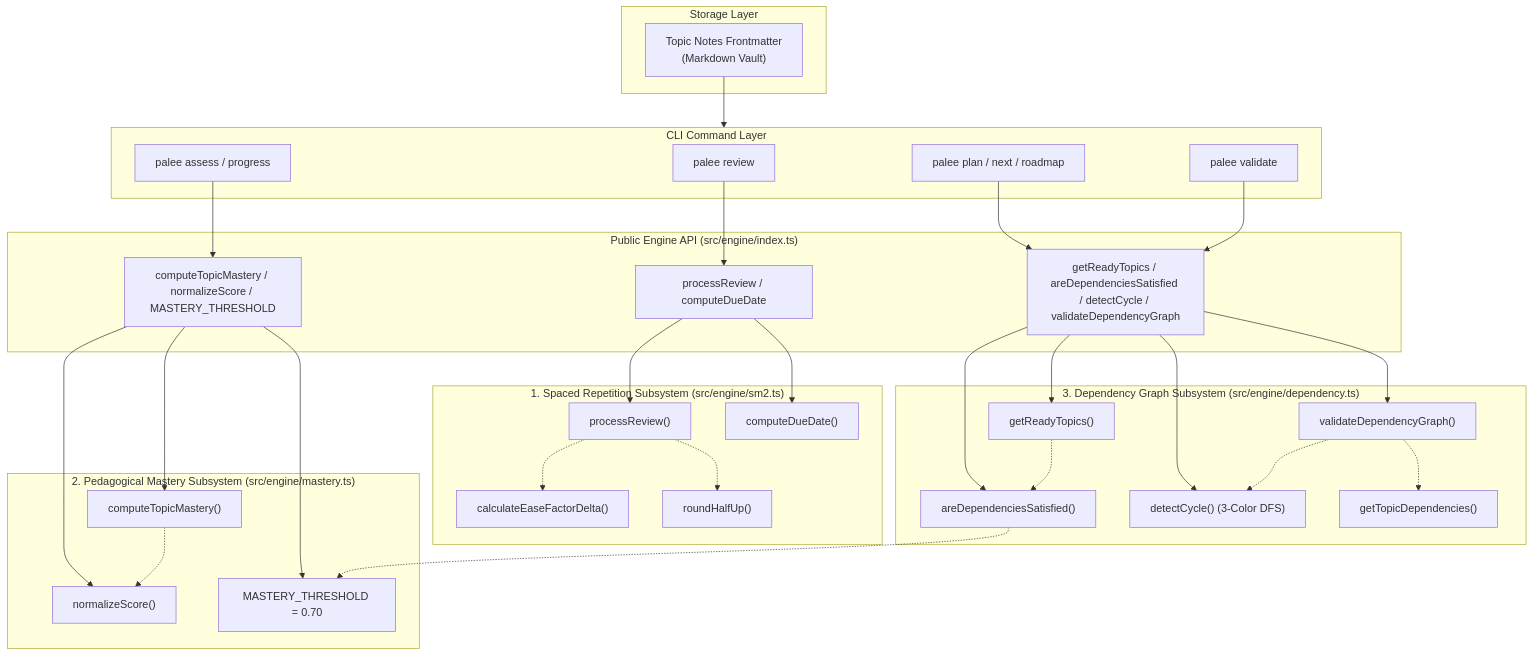
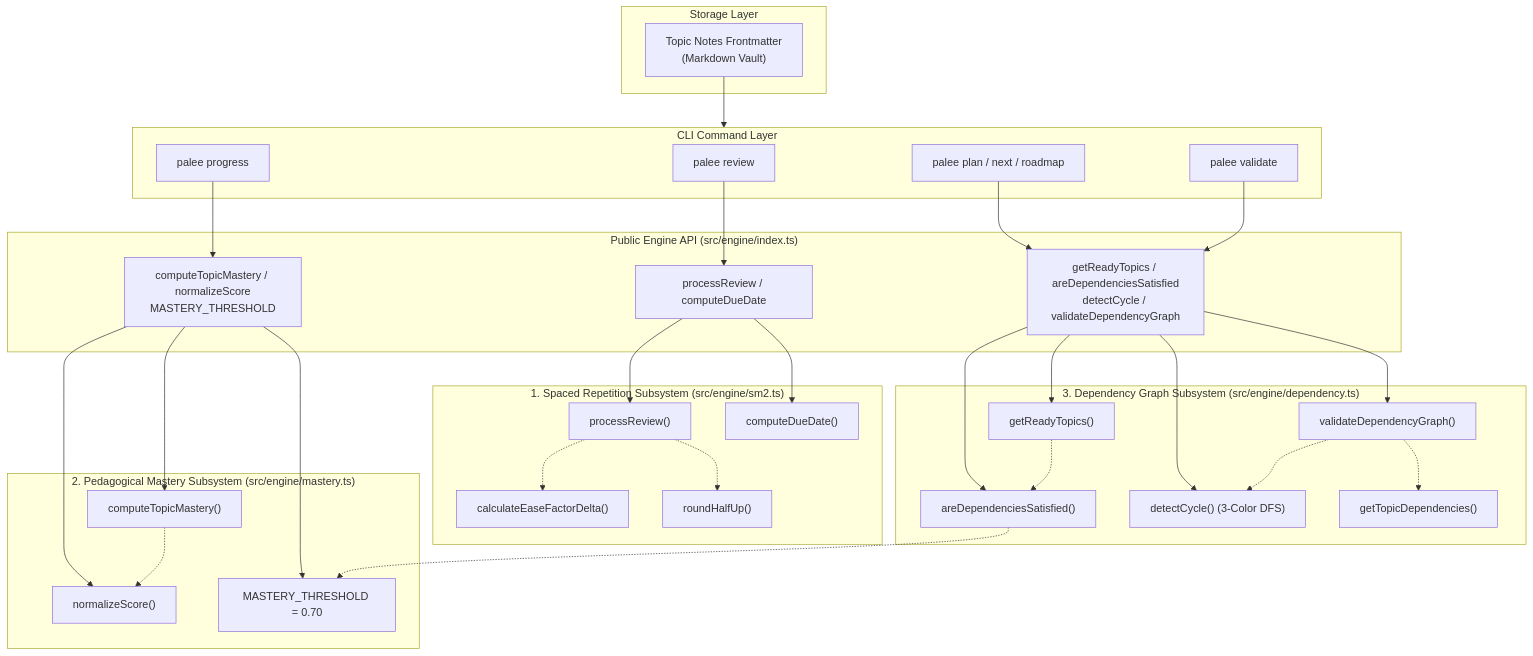
The first of 2 diagrams in docs/03-0-engine-core.md (Kuldeep2822k/cli), drawn with Mermaid before and after one commit. The commit also changed 22 other files, not shown here.

First line of the commit message:
docs: resolve documentation audit drift, navigation gaps, and diagram layouts (#189)

````diff
--- a/docs/03-0-engine-core.md
+++ b/docs/03-0-engine-core.md
@@ -31,65 +31,65 @@
 ```mermaid
 flowchart TD
     subgraph Storage ["Storage Layer"]
         TopicStore["Topic Notes Frontmatter<br/>(Markdown Vault)"]
     end
 
     subgraph API ["Public Engine API (src/engine/index.ts)"]
         ExpSM2["processReview / computeDueDate"]
-        ExpMastery["computeTopicMastery / normalizeScore / MASTERY_THRESHOLD"]
-        ExpDep["getReadyTopics / areDependenciesSatisfied / detectCycle / validateDependencyGraph"]
+        ExpMastery["computeTopicMastery / normalizeScore<br/>MASTERY_THRESHOLD"]
+        ExpDep["getReadyTopics / areDependenciesSatisfied<br/>detectCycle / validateDependencyGraph"]
     end
 
     subgraph SM2Sub ["1. Spaced Repetition Subsystem (src/engine/sm2.ts)"]
         SM2_PROC["processReview()"]
         SM2_EF["calculateEaseFactorDelta()"]
         SM2_DATE["computeDueDate()"]
         SM2_ROUND["roundHalfUp()"]
     end
 
     subgraph MasterySub ["2. Pedagogical Mastery Subsystem (src/engine/mastery.ts)"]
         MAST_COMP["computeTopicMastery()"]
         MAST_NORM["normalizeScore()"]
         MAST_THRESH["MASTERY_THRESHOLD = 0.70"]
     end
 
     subgraph DepSub ["3. Dependency Graph Subsystem (src/engine/dependency.ts)"]
         DEP_READY["getReadyTopics()"]
         DEP_SAT["areDependenciesSatisfied()"]
         DEP_CYCLE["detectCycle() (3-Color DFS)"]
         DEP_VAL["validateDependencyGraph()"]
         DEP_EXT["getTopicDependencies()"]
     end
 
     subgraph CLI ["CLI Command Layer"]
         CmdReview["palee review"]
-        CmdAssess["palee assess / progress"]
+        CmdAssess["palee progress"]
         CmdPlan["palee plan / next / roadmap"]
         CmdVal["palee validate"]
     end
 
     TopicStore --> CLI
     CmdReview --> ExpSM2
     CmdAssess --> ExpMastery
     CmdPlan --> ExpDep
     CmdVal --> ExpDep
 
     ExpSM2 --> SM2_PROC
     ExpSM2 --> SM2_DATE
     SM2_PROC -.-> SM2_EF
     SM2_PROC -.-> SM2_ROUND
 
     ExpMastery --> MAST_COMP
     ExpMastery --> MAST_NORM
     ExpMastery --> MAST_THRESH
     MAST_COMP -.-> MAST_NORM
 
     ExpDep --> DEP_READY
     ExpDep --> DEP_SAT
     ExpDep --> DEP_CYCLE
     ExpDep --> DEP_VAL
     DEP_READY -.-> DEP_SAT
     DEP_SAT -.-> MAST_THRESH
     DEP_VAL -.-> DEP_CYCLE
     DEP_VAL -.-> DEP_EXT
 ```
````
